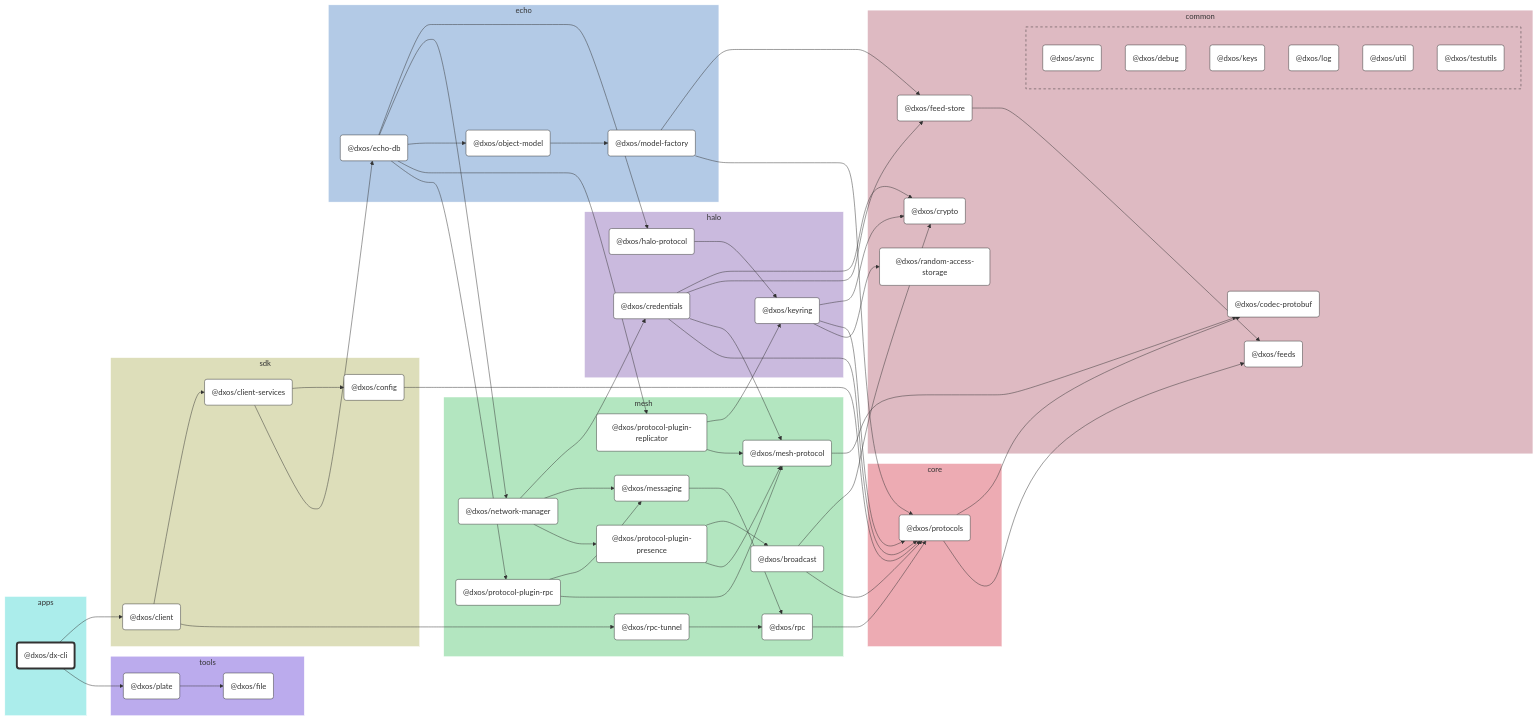
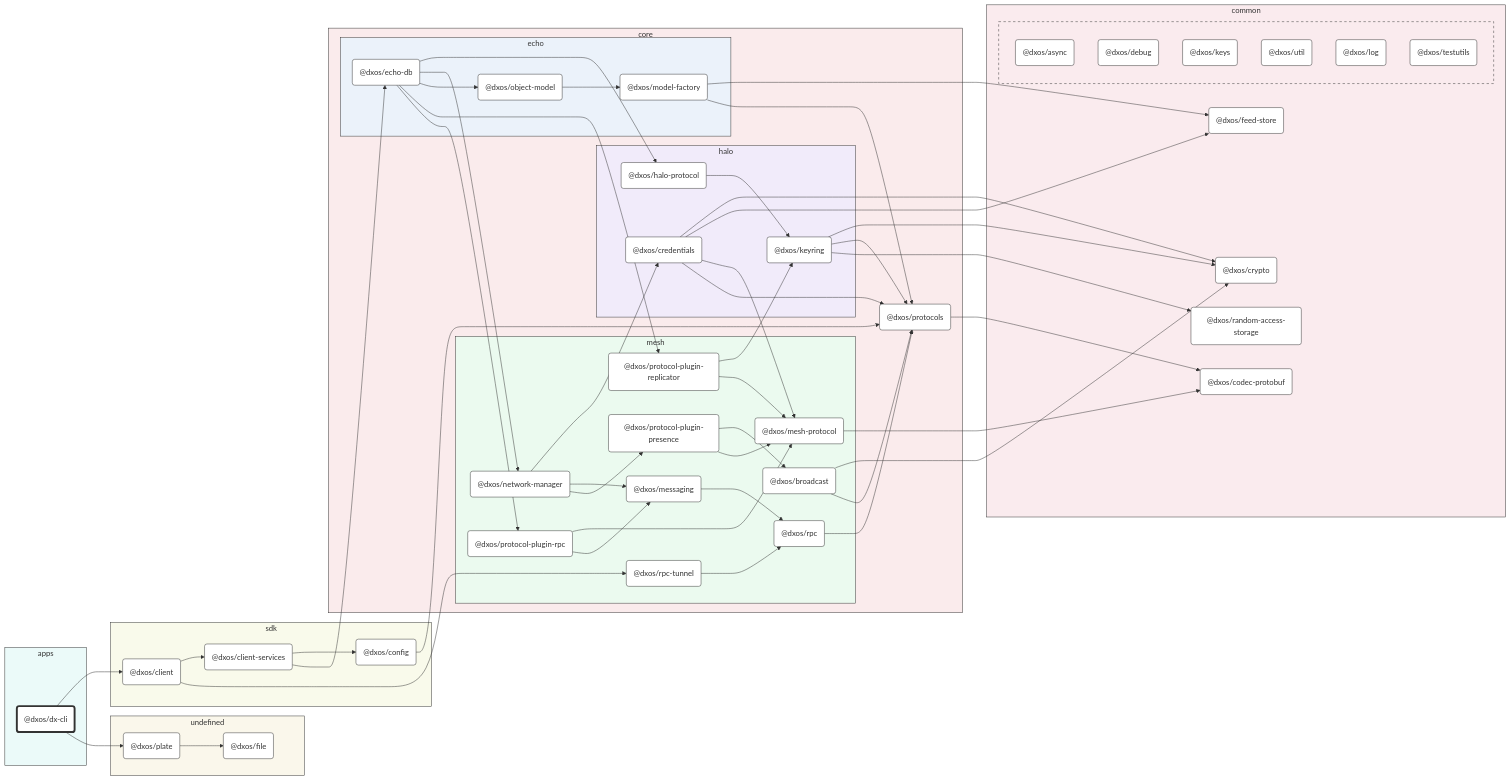
Before and after one commit to dxos/dxos: the diagram in packages/apps/dx-cli/docs/README.md, drawn with Mermaid. The commit also changed other lines of this file and 93 other files, not shown here.

First line of the commit message:
chore: hierarchical graphs. (#1583)

```diff
--- a/packages/apps/dx-cli/docs/README.md
+++ b/packages/apps/dx-cli/docs/README.md
@@ -16,43 +16,41 @@
 %% Nodes
 
 subgraph apps [apps]
-  style apps fill:#abedeb,stroke:#fff
+  style apps fill:#ebfaf9,stroke:#333
   dxos/dx-cli("@dxos/dx-cli"):::root
   click dxos/dx-cli "dxos/dxos/tree/main/packages/apps/dx-cli/docs"
 end
 
 subgraph common [common]
-  style common fill:#debac2,stroke:#fff
+  style common fill:#faebee,stroke:#333
   dxos/codec-protobuf("@dxos/codec-protobuf"):::def
   click dxos/codec-protobuf "dxos/dxos/tree/main/packages/common/codec-protobuf/docs"
   dxos/crypto("@dxos/crypto"):::def
   click dxos/crypto "dxos/dxos/tree/main/packages/common/crypto/docs"
   dxos/feed-store("@dxos/feed-store"):::def
   click dxos/feed-store "dxos/dxos/tree/main/packages/common/feed-store/docs"
-  dxos/feeds("@dxos/feeds"):::def
-  click dxos/feeds "dxos/dxos/tree/main/packages/common/feeds/docs"
   dxos/random-access-storage("@dxos/random-access-storage"):::def
   click dxos/random-access-storage "dxos/dxos/tree/main/packages/common/random-access-storage/docs"
 
-  subgraph common-excluded [ ]
-    style common-excluded fill:#debac2,stroke:#333,stroke-dasharray:5 5
+  subgraph _ [ ]
+    style _ fill:#faebee,stroke:#333,stroke-dasharray:5 5
     dxos/async("@dxos/async"):::def
     click dxos/async "dxos/dxos/tree/main/packages/common/async/docs"
     dxos/debug("@dxos/debug"):::def
     click dxos/debug "dxos/dxos/tree/main/packages/common/debug/docs"
     dxos/keys("@dxos/keys"):::def
     click dxos/keys "dxos/dxos/tree/main/packages/common/keys/docs"
+    dxos/util("@dxos/util"):::def
+    click dxos/util "dxos/dxos/tree/main/packages/common/util/docs"
     dxos/log("@dxos/log"):::def
     click dxos/log "dxos/dxos/tree/main/packages/common/log/docs"
-    dxos/util("@dxos/util"):::def
-    click dxos/util "dxos/dxos/tree/main/packages/common/util/docs"
     dxos/testutils("@dxos/testutils"):::def
     click dxos/testutils "dxos/dxos/tree/main/packages/common/testutils/docs"
   end
 end
 
 subgraph sdk [sdk]
-  style sdk fill:#dddeba,stroke:#fff
+  style sdk fill:#f9faeb,stroke:#333
   dxos/client("@dxos/client"):::def
   click dxos/client "dxos/dxos/tree/main/packages/sdk/client/docs"
   dxos/client-services("@dxos/client-services"):::def
@@ -61,56 +59,56 @@
   click dxos/config "dxos/dxos/tree/main/packages/sdk/config/docs"
 end
 
-subgraph halo [halo]
-  style halo fill:#cabade,stroke:#fff
-  dxos/credentials("@dxos/credentials"):::def
-  click dxos/credentials "dxos/dxos/tree/main/packages/core/halo/credentials/docs"
-  dxos/halo-protocol("@dxos/halo-protocol"):::def
-  click dxos/halo-protocol "dxos/dxos/tree/main/packages/core/halo/halo-protocol/docs"
-  dxos/keyring("@dxos/keyring"):::def
-  click dxos/keyring "dxos/dxos/tree/main/packages/core/halo/keyring/docs"
+subgraph core [core]
+  style core fill:#faebec,stroke:#333
+  dxos/protocols("@dxos/protocols"):::def
+  click dxos/protocols "dxos/dxos/tree/main/packages/core/protocols/docs"
+
+  subgraph halo [halo]
+    style halo fill:#f1ebfa,stroke:#333
+    dxos/credentials("@dxos/credentials"):::def
+    click dxos/credentials "dxos/dxos/tree/main/packages/core/halo/credentials/docs"
+    dxos/halo-protocol("@dxos/halo-protocol"):::def
+    click dxos/halo-protocol "dxos/dxos/tree/main/packages/core/halo/halo-protocol/docs"
+    dxos/keyring("@dxos/keyring"):::def
+    click dxos/keyring "dxos/dxos/tree/main/packages/core/halo/keyring/docs"
+  end
+
+  subgraph mesh [mesh]
+    style mesh fill:#ebfaef,stroke:#333
+    dxos/mesh-protocol("@dxos/mesh-protocol"):::def
+    click dxos/mesh-protocol "dxos/dxos/tree/main/packages/core/mesh/mesh-protocol/docs"
+    dxos/messaging("@dxos/messaging"):::def
+    click dxos/messaging "dxos/dxos/tree/main/packages/core/mesh/messaging/docs"
+    dxos/rpc("@dxos/rpc"):::def
+    click dxos/rpc "dxos/dxos/tree/main/packages/core/mesh/rpc/docs"
+    dxos/network-manager("@dxos/network-manager"):::def
+    click dxos/network-manager "dxos/dxos/tree/main/packages/core/mesh/network-manager/docs"
+    dxos/protocol-plugin-presence("@dxos/protocol-plugin-presence"):::def
+    click dxos/protocol-plugin-presence "dxos/dxos/tree/main/packages/core/mesh/protocol-plugin-presence/docs"
+    dxos/broadcast("@dxos/broadcast"):::def
+    click dxos/broadcast "dxos/dxos/tree/main/packages/core/mesh/broadcast/docs"
+    dxos/protocol-plugin-replicator("@dxos/protocol-plugin-replicator"):::def
+    click dxos/protocol-plugin-replicator "dxos/dxos/tree/main/packages/core/mesh/protocol-plugin-replicator/docs"
+    dxos/protocol-plugin-rpc("@dxos/protocol-plugin-rpc"):::def
+    click dxos/protocol-plugin-rpc "dxos/dxos/tree/main/packages/core/mesh/protocol-plugin-rpc/docs"
+    dxos/rpc-tunnel("@dxos/rpc-tunnel"):::def
+    click dxos/rpc-tunnel "dxos/dxos/tree/main/packages/core/mesh/rpc-tunnel/docs"
+  end
+
+  subgraph echo [echo]
+    style echo fill:#ebf2fa,stroke:#333
+    dxos/echo-db("@dxos/echo-db"):::def
+    click dxos/echo-db "dxos/dxos/tree/main/packages/core/echo/echo-db/docs"
+    dxos/model-factory("@dxos/model-factory"):::def
+    click dxos/model-factory "dxos/dxos/tree/main/packages/core/echo/model-factory/docs"
+    dxos/object-model("@dxos/object-model"):::def
+    click dxos/object-model "dxos/dxos/tree/main/packages/core/echo/object-model/docs"
+  end
 end
 
-subgraph mesh [mesh]
-  style mesh fill:#b3e6c0,stroke:#fff
-  dxos/mesh-protocol("@dxos/mesh-protocol"):::def
-  click dxos/mesh-protocol "dxos/dxos/tree/main/packages/core/mesh/mesh-protocol/docs"
-  dxos/messaging("@dxos/messaging"):::def
-  click dxos/messaging "dxos/dxos/tree/main/packages/core/mesh/messaging/docs"
-  dxos/rpc("@dxos/rpc"):::def
-  click dxos/rpc "dxos/dxos/tree/main/packages/core/mesh/rpc/docs"
-  dxos/network-manager("@dxos/network-manager"):::def
-  click dxos/network-manager "dxos/dxos/tree/main/packages/core/mesh/network-manager/docs"
-  dxos/protocol-plugin-presence("@dxos/protocol-plugin-presence"):::def
-  click dxos/protocol-plugin-presence "dxos/dxos/tree/main/packages/core/mesh/protocol-plugin-presence/docs"
-  dxos/broadcast("@dxos/broadcast"):::def
-  click dxos/broadcast "dxos/dxos/tree/main/packages/core/mesh/broadcast/docs"
-  dxos/protocol-plugin-replicator("@dxos/protocol-plugin-replicator"):::def
-  click dxos/protocol-plugin-replicator "dxos/dxos/tree/main/packages/core/mesh/protocol-plugin-replicator/docs"
-  dxos/protocol-plugin-rpc("@dxos/protocol-plugin-rpc"):::def
-  click dxos/protocol-plugin-rpc "dxos/dxos/tree/main/packages/core/mesh/protocol-plugin-rpc/docs"
-  dxos/rpc-tunnel("@dxos/rpc-tunnel"):::def
-  click dxos/rpc-tunnel "dxos/dxos/tree/main/packages/core/mesh/rpc-tunnel/docs"
-end
-
-subgraph core [core]
-  style core fill:#edabb3,stroke:#fff
-  dxos/protocols("@dxos/protocols"):::def
-  click dxos/protocols "dxos/dxos/tree/main/packages/core/protocols/docs"
-end
-
-subgraph echo [echo]
-  style echo fill:#b3cae6,stroke:#fff
-  dxos/echo-db("@dxos/echo-db"):::def
-  click dxos/echo-db "dxos/dxos/tree/main/packages/core/echo/echo-db/docs"
-  dxos/model-factory("@dxos/model-factory"):::def
-  click dxos/model-factory "dxos/dxos/tree/main/packages/core/echo/model-factory/docs"
-  dxos/object-model("@dxos/object-model"):::def
-  click dxos/object-model "dxos/dxos/tree/main/packages/core/echo/object-model/docs"
-end
-
-subgraph tools [tools]
-  style tools fill:#bbabed,stroke:#fff
+subgraph undefined [undefined]
+  style undefined fill:#faf7eb,stroke:#333
   dxos/plate("@dxos/plate"):::def
   click dxos/plate "dxos/dxos/tree/main/tools/plate/docs"
   dxos/file("@dxos/file"):::def
@@ -121,16 +119,14 @@
 linkStyle default stroke:#333,stroke-width:1px
 dxos/dx-cli --> dxos/client
 dxos/client --> dxos/client-services
+dxos/client-services --> dxos/config
+dxos/config --> dxos/protocols
+dxos/protocols --> dxos/codec-protobuf
 dxos/credentials --> dxos/crypto
 dxos/credentials --> dxos/feed-store
-dxos/feed-store --> dxos/feeds
 dxos/credentials --> dxos/mesh-protocol
 dxos/mesh-protocol --> dxos/codec-protobuf
 dxos/credentials --> dxos/protocols
-dxos/protocols --> dxos/codec-protobuf
-dxos/protocols --> dxos/feeds
-dxos/client-services --> dxos/config
-dxos/config --> dxos/protocols
 dxos/client-services --> dxos/echo-db
 dxos/echo-db --> dxos/halo-protocol
 dxos/halo-protocol --> dxos/keyring
@@ -155,8 +151,8 @@
 dxos/protocol-plugin-replicator --> dxos/keyring
 dxos/protocol-plugin-replicator --> dxos/mesh-protocol
 dxos/echo-db --> dxos/protocol-plugin-rpc
+dxos/protocol-plugin-rpc --> dxos/mesh-protocol
 dxos/protocol-plugin-rpc --> dxos/messaging
-dxos/protocol-plugin-rpc --> dxos/mesh-protocol
 dxos/client --> dxos/rpc-tunnel
 dxos/rpc-tunnel --> dxos/rpc
 dxos/dx-cli --> dxos/plate
```
